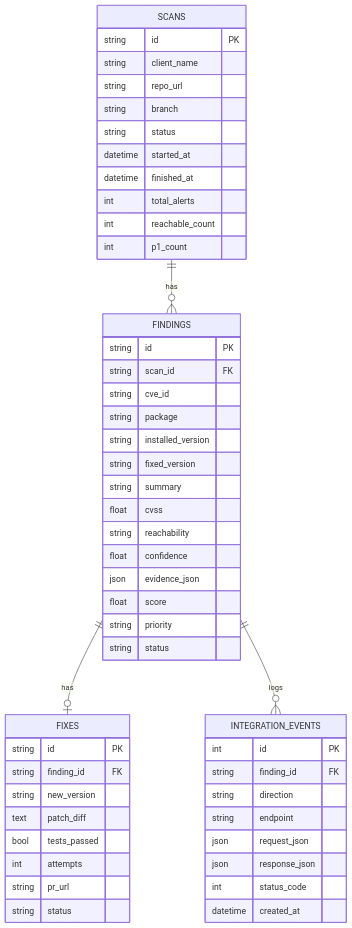
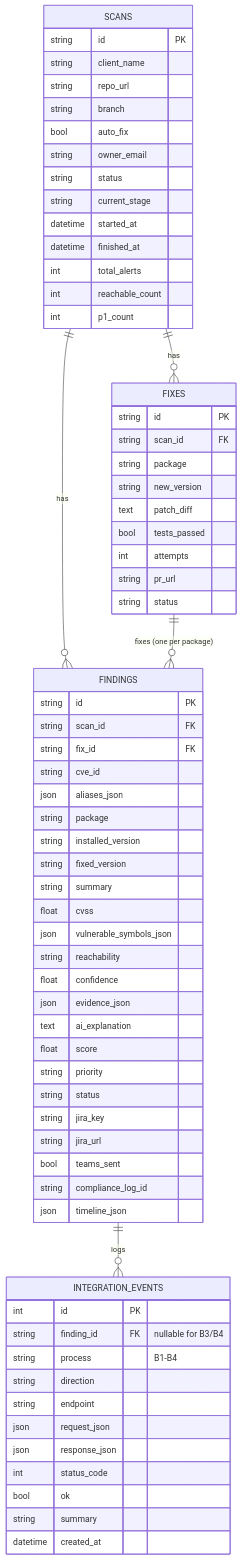
The eighth of 11 diagrams in docs/DIAGRAMS.md (BommepalliRoop/patchpilot-dryrun), drawn with Mermaid before and after one commit. The commit also changed other lines of this file and 16 other files, not shown here.

````diff
--- a/docs/DIAGRAMS.md
+++ b/docs/DIAGRAMS.md
@@ -256,55 +262,72 @@
 ```mermaid
 erDiagram
     SCANS ||--o{ FINDINGS : has
-    FINDINGS ||--o| FIXES : has
+    SCANS ||--o{ FIXES : has
+    FIXES ||--o{ FINDINGS : "fixes (one per package)"
     FINDINGS ||--o{ INTEGRATION_EVENTS : logs
 
     SCANS {
         string id PK
         string client_name
         string repo_url
         string branch
+        bool auto_fix
+        string owner_email
         string status
+        string current_stage
         datetime started_at
         datetime finished_at
         int total_alerts
         int reachable_count
         int p1_count
     }
     FINDINGS {
         string id PK
         string scan_id FK
+        string fix_id FK
         string cve_id
+        json aliases_json
         string package
         string installed_version
         string fixed_version
         string summary
         float cvss
+        json vulnerable_symbols_json
         string reachability
         float confidence
         json evidence_json
+        text ai_explanation
         float score
         string priority
         string status
+        string jira_key
+        string jira_url
+        bool teams_sent
+        string compliance_log_id
+        json timeline_json
     }
     FIXES {
         string id PK
-        string finding_id FK
+        string scan_id FK
+        string package
         string new_version
         text patch_diff
         bool tests_passed
         int attempts
         string pr_url
         string status
     }
     INTEGRATION_EVENTS {
         int id PK
-        string finding_id FK
+        string finding_id FK "nullable for B3/B4"
+        string process "B1-B4"
         string direction
         string endpoint
         json request_json
         json response_json
         int status_code
+        bool ok
+        string summary
         datetime created_at
     }
 ```
````
